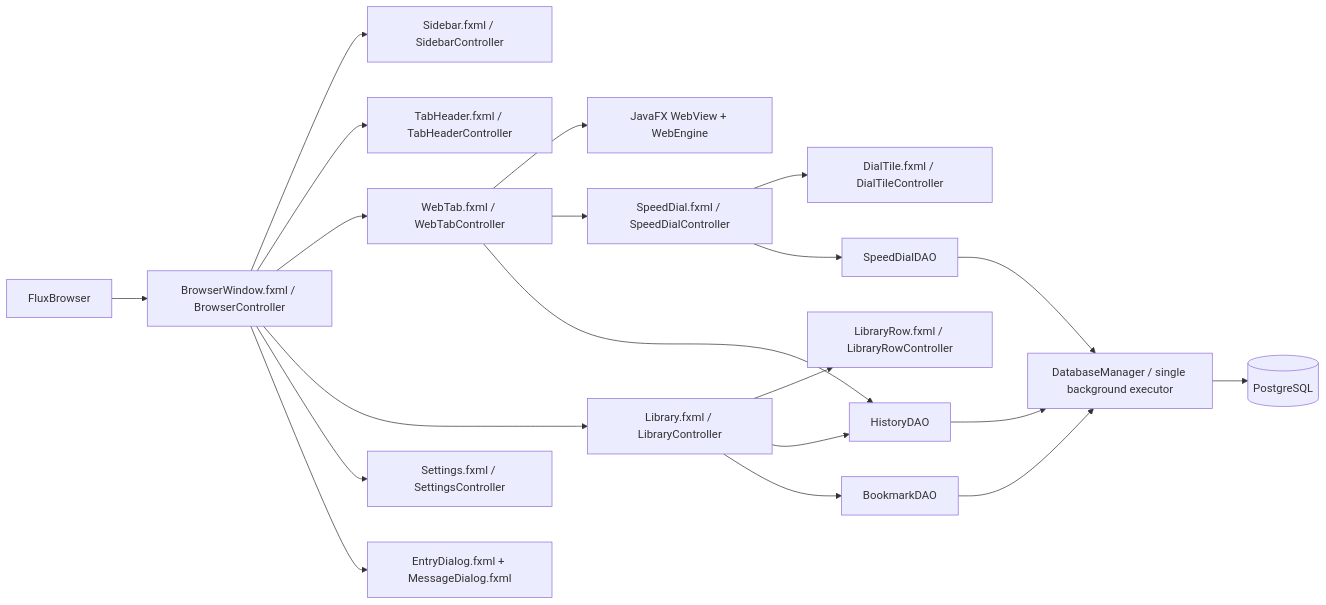
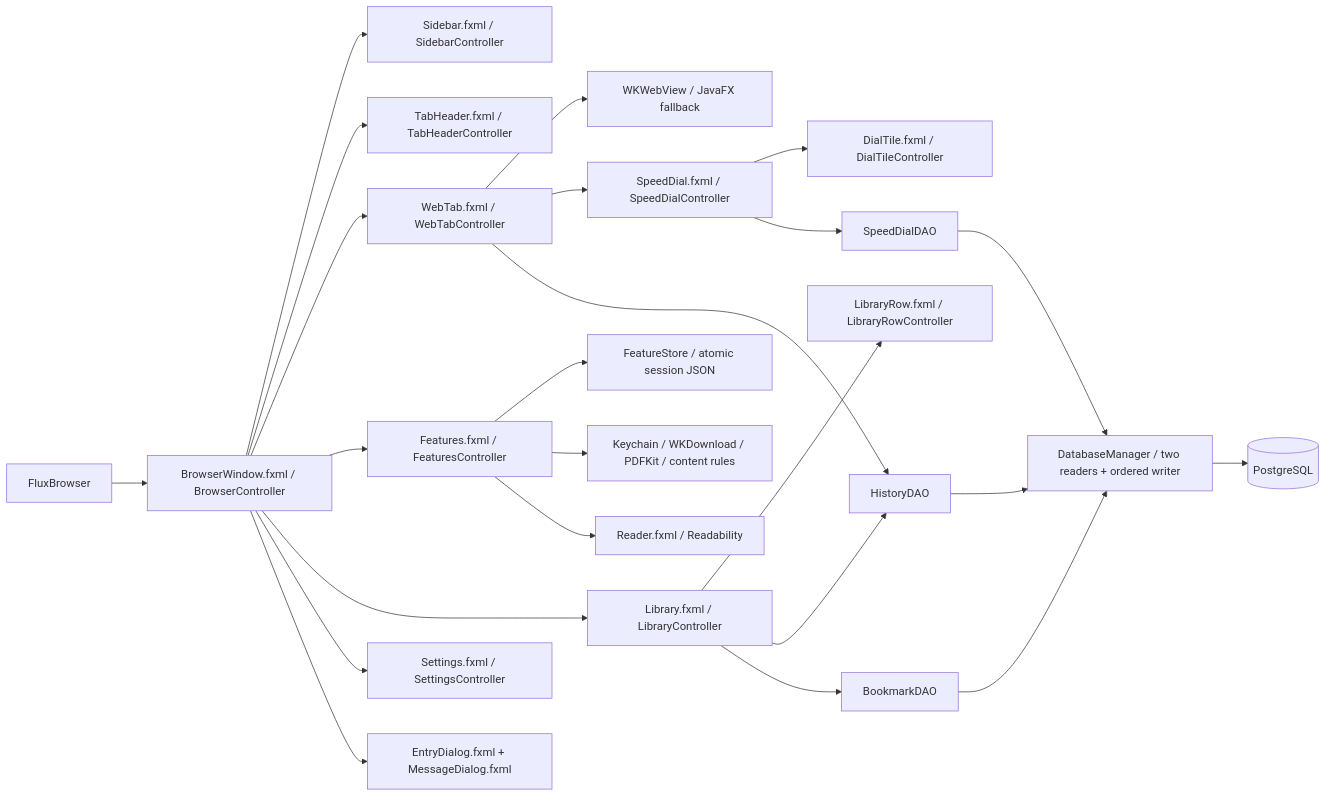
One commit to jisan-p/Flux-Browser changed the diagram in Flux/docs/ARCHITECTURE.md. Above: the diagram before and after it, drawn with Mermaid. The commit also changed other lines of this file and 36 other files, not shown here.

Commit message:
feat: add browser features including search tools, content rules, password providers, and reader mode

````diff
--- a/Flux/docs/ARCHITECTURE.md
+++ b/Flux/docs/ARCHITECTURE.md
@@ -29,22 +28,26 @@
 ```mermaid
 flowchart LR
     App[FluxBrowser] --> Window[BrowserWindow.fxml / BrowserController]
     Window --> Sidebar[Sidebar.fxml / SidebarController]
     Window --> Chips[TabHeader.fxml / TabHeaderController]
     Window --> Tabs[WebTab.fxml / WebTabController]
-    Tabs --> Engine[JavaFX WebView + WebEngine]
+    Tabs --> Engine[WKWebView / JavaFX fallback]
+    Window --> Tools[Features.fxml / FeaturesController]
+    Tools --> Session[FeatureStore / atomic session JSON]
+    Tools --> Native[Keychain / WKDownload / PDFKit / content rules]
+    Tools --> Reader[Reader.fxml / Readability]
     Tabs --> Home[SpeedDial.fxml / SpeedDialController]
     Home --> Tiles[DialTile.fxml / DialTileController]
     Window --> Library[Library.fxml / LibraryController]
     Library --> Rows[LibraryRow.fxml / LibraryRowController]
     Window --> Settings[Settings.fxml / SettingsController]
     Window --> Dialogs[EntryDialog.fxml + MessageDialog.fxml]
     Tabs --> HistoryDAO
     Library --> HistoryDAO
     Library --> BookmarkDAO
     Home --> SpeedDialDAO
-    HistoryDAO --> DB[DatabaseManager / single background executor]
+    HistoryDAO --> DB[DatabaseManager / two readers + ordered writer]
     BookmarkDAO --> DB
     SpeedDialDAO --> DB
     DB --> PG[(PostgreSQL)]
 ```
````
